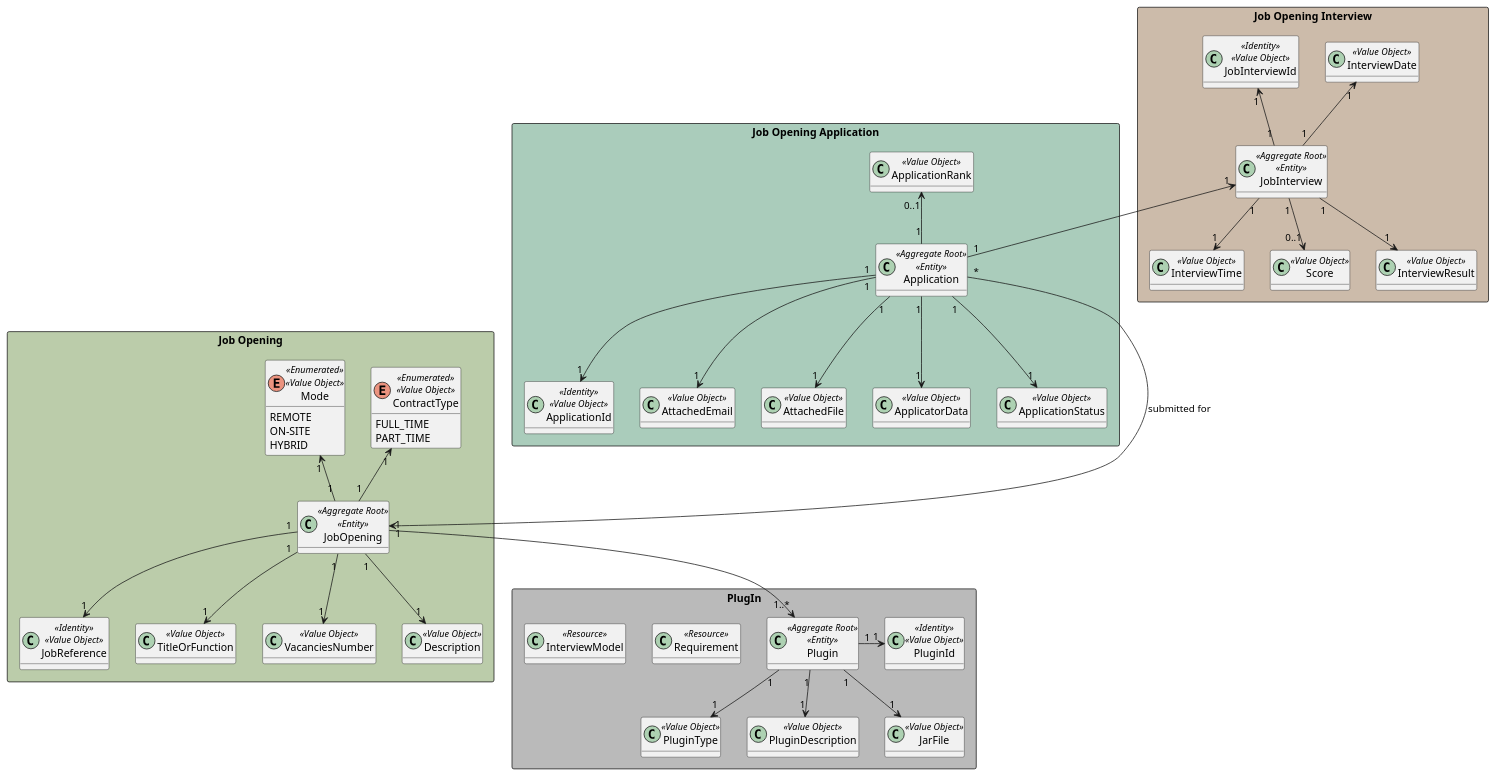
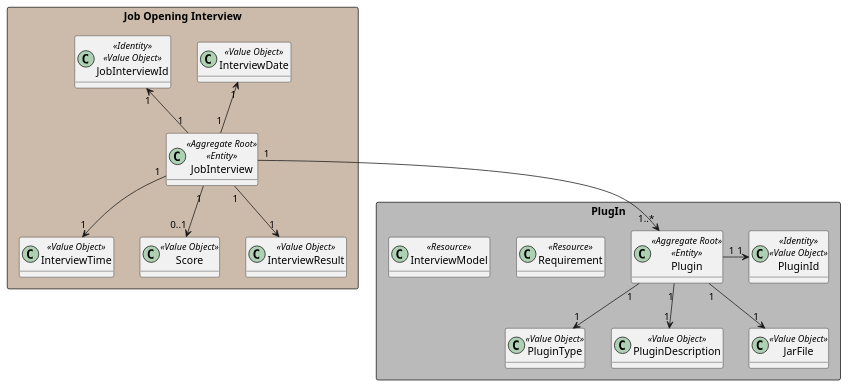
Before and after one commit to marcoferreira37/Lapr4: the diagram in docs/sprintC/1018/puml/1018-domain-model.puml, drawn with PlantUML. The commit also changed 8 other files, not shown here.

```diff
--- a/docs/sprintC/1018/puml/1018-domain-model.puml
+++ b/docs/sprintC/1018/puml/1018-domain-model.puml
@@ -1,104 +1,39 @@
 @startuml
 'https://plantuml.com/class-diagram
 
 hide methods
 
 rectangle "Job Opening Interview" #ccbbaa {
     class JobInterview <<Aggregate Root>><<Entity>>{}
     class JobInterviewId<<Identity>><<Value Object>>{}
     class InterviewDate<<Value Object>>{}
     class InterviewTime<<Value Object>>{}
     class Score<<Value Object>>{}
     class InterviewResult<<Value Object>>{}
 }
 
 rectangle "PlugIn" #bababa {
     class Plugin <<Aggregate Root>><<Entity>>{}
     class PluginType<<Value Object>>{}
     class PluginId<<Identity>><<Value Object>>{}
     class PluginDescription<<Value Object>>{}
     class JarFile<<Value Object>>{}
     class Requirement<<Resource>>{}
     class InterviewModel<<Resource>>{}
 }
-rectangle "Job Opening" #bbccaa {
-
-    class JobOpening<<Aggregate Root>><<Entity>>{}
-
-    class JobReference<<Identity>><<Value Object>>{}
-
-    class TitleOrFunction<<Value Object>>{}
-
-    enum ContractType<<Enumerated>><<Value Object>>{
-        FULL_TIME
-        PART_TIME
-    }
-
-    enum Mode<<Enumerated>><<Value Object>>{
-        REMOTE
-        ON-SITE
-        HYBRID
-        }
-
-
-    class VacanciesNumber<<Value Object>>{}
-
-    class Description<<Value Object>>{}
-}
-
- rectangle "Job Opening Application" #aaccbb {
-
-    class Application<<Aggregate Root>><<Entity>>{}
-
-    class ApplicationId<<Identity>><<Value Object>>{}
-
-    class AttachedEmail<<Value Object>>{}
-
-    class AttachedFile<<Value Object>>{}
-
-    class ApplicatorData<<Value Object>>{}
-
-    class ApplicationStatus<<Value Object>>{}
-
-    class ApplicationRank<<Value Object>>{}
-
-'    Deviamos retirar o rank deste agregrado
-
-}
-
-
-JobReference "1" <-up- "1" JobOpening
-TitleOrFunction "1" <-up- "1" JobOpening
-ContractType "1" <-- "1" JobOpening
-Mode "1" <-- "1" JobOpening
-Description "1" <-up- "1" JobOpening
-VacanciesNumber "1" <-up- "1" JobOpening
-
-
-Application "1" --> "1" ApplicationId
-Application "1" --> "1" AttachedEmail
-Application "1" --> "1" AttachedFile
-Application "1" --> "1" ApplicatorData
-Application "*" ---> "1" JobOpening : submitted for
-Application "1" --> "1" ApplicationStatus
-
-Application "1" -up-> "1" JobInterview
-Application "1" -up-> "0..1" ApplicationRank
-
-
 
 JobInterview "1" -up-> "1" JobInterviewId
 JobInterview "1" -up-> "1" InterviewDate
 JobInterview "1" --> "1" InterviewTime
 JobInterview "1" --> "0..1" Score
 JobInterview "1" --> "1" InterviewResult
 
-JobOpening "1" --> "1..*" "Plugin"
+JobInterview "1" --> "1..*" "Plugin"
 
 Plugin "1" --> "1" PluginType
 Plugin "1" -right-> "1" PluginId
 Plugin "1" --> "1" PluginDescription
 Plugin "1" --> "1" JarFile
 
 
 @enduml
```
